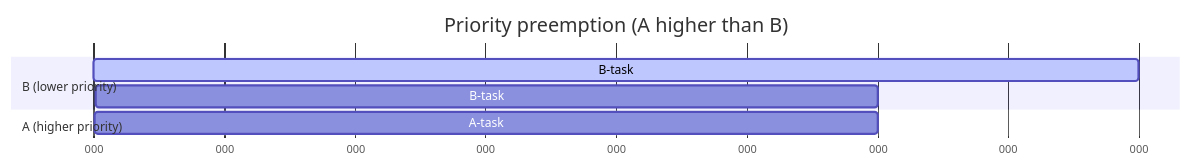
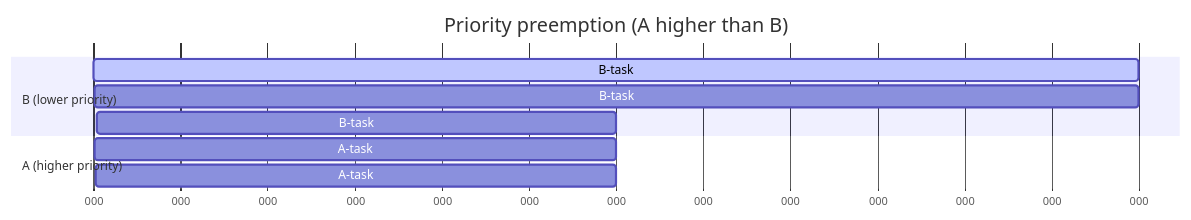
The second of 2 diagrams in docs/EXAMPLES_C.md (ExoSpaceLabs/hardrt), drawn with Mermaid before and after one commit. The commit also changed other lines of this file and 1 other file, not shown here.

Commit message:
fix(heartos): mermaid diagrams rendering.

````diff
--- a/docs/EXAMPLES_C.md
+++ b/docs/EXAMPLES_C.md
@@ -81,13 +87,15 @@
 ```mermaid
 gantt
   title Priority preemption (A higher than B)
   dateFormat  X
   axisFormat  %L
 
   section B (lower priority)
-  B-task :active, 0, 8
-  B-task : 14, 6
+  B-task :active, 0, 12
+  B-task : 18, 12
+  B-task : 36, 6
 
   section A (higher priority)
-  A-task : 8, 6
+  A-task : 12, 6
+  A-task : 30, 6
 ```
````
